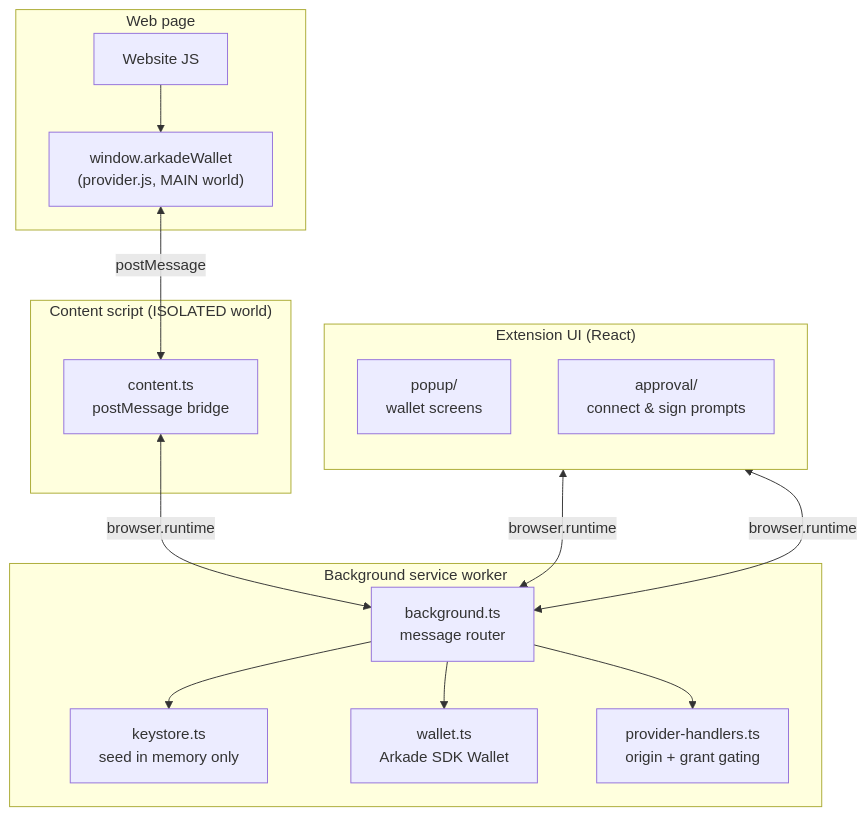
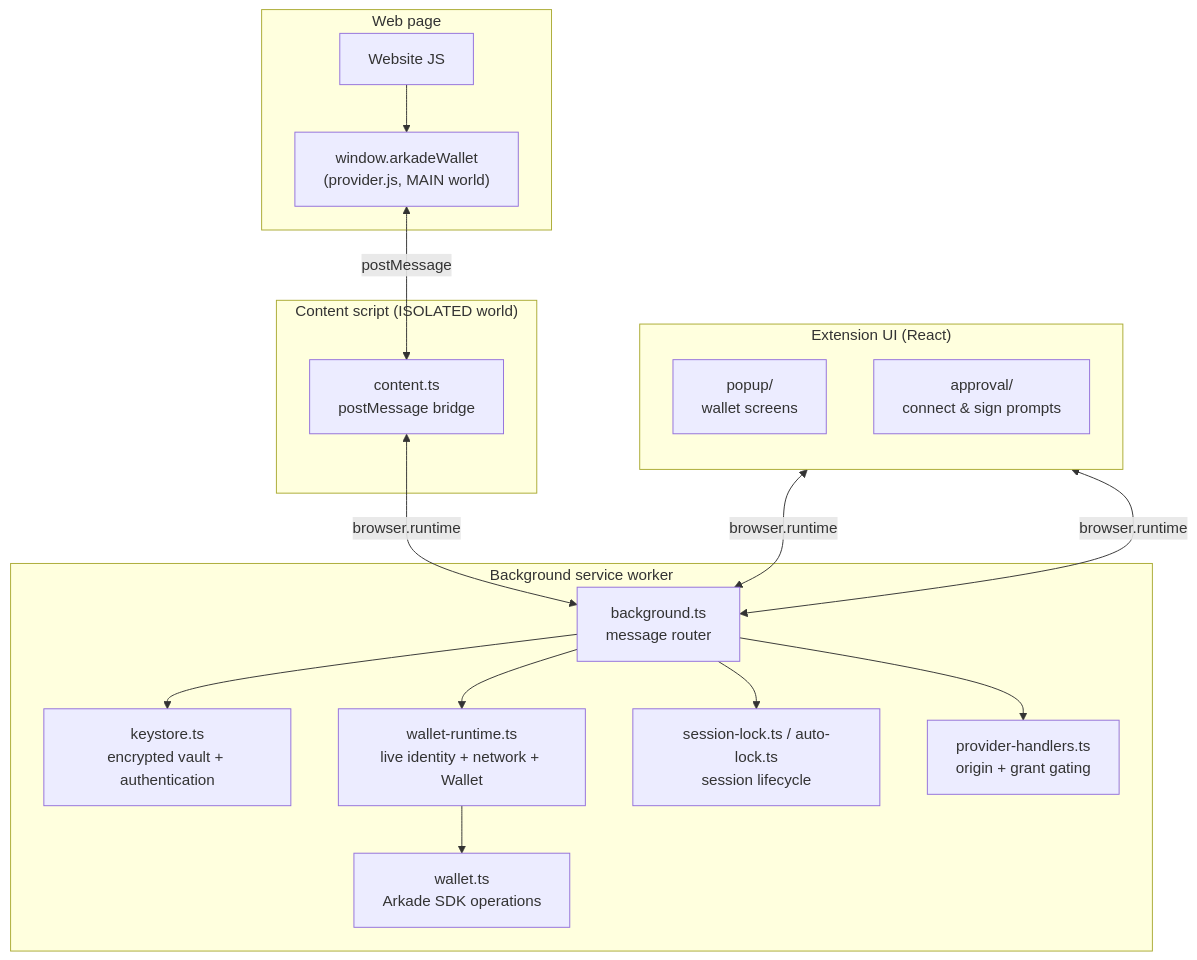
The diagram in docs/ARCHITECTURE.md (bilthon/arkade-wallet-extension), drawn with Mermaid before and after one commit. The commit also changed other lines of this file and 20 other files, not shown here.

Commit message:
docs: document runtime-owned wallet sessions

````diff
--- a/docs/ARCHITECTURE.md
+++ b/docs/ARCHITECTURE.md
@@ -18,33 +19,37 @@
 ```mermaid
 flowchart TB
   subgraph page["Web page"]
     PageJS["Website JS"]
     PROVIDER["window.arkadeWallet<br/>(provider.js, MAIN world)"]
     PageJS --> PROVIDER
   end
 
   subgraph bridge["Content script (ISOLATED world)"]
     CS["content.ts<br/>postMessage bridge"]
   end
 
   subgraph sw["Background service worker"]
     BG["background.ts<br/>message router"]
-    KS["keystore.ts<br/>seed in memory only"]
-    WAL["wallet.ts<br/>Arkade SDK Wallet"]
+    KS["keystore.ts<br/>encrypted vault + authentication"]
+    RT["wallet-runtime.ts<br/>live identity + network + Wallet"]
+    LIFE["session-lock.ts / auto-lock.ts<br/>session lifecycle"]
+    WAL["wallet.ts<br/>Arkade SDK operations"]
     PH["provider-handlers.ts<br/>origin + grant gating"]
     BG --> KS
-    BG --> WAL
+    BG --> RT
+    BG --> LIFE
+    RT --> WAL
     BG --> PH
   end
 
   subgraph ui["Extension UI (React)"]
   direction TB
     POP["popup/<br/>wallet screens"]
     APR["approval/<br/>connect & sign prompts"]
   end
 
   PROVIDER <-->|postMessage| CS
   CS <-->|browser.runtime| BG
   POP <-->|browser.runtime| BG
   APR <-->|browser.runtime| BG
 ```
````
